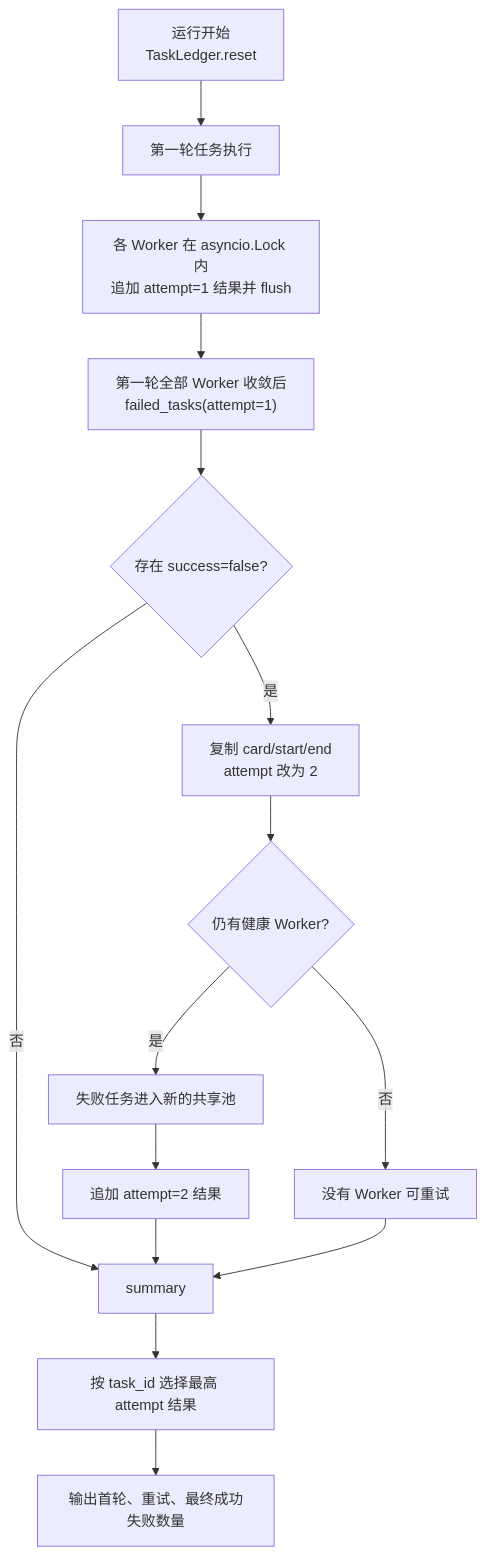
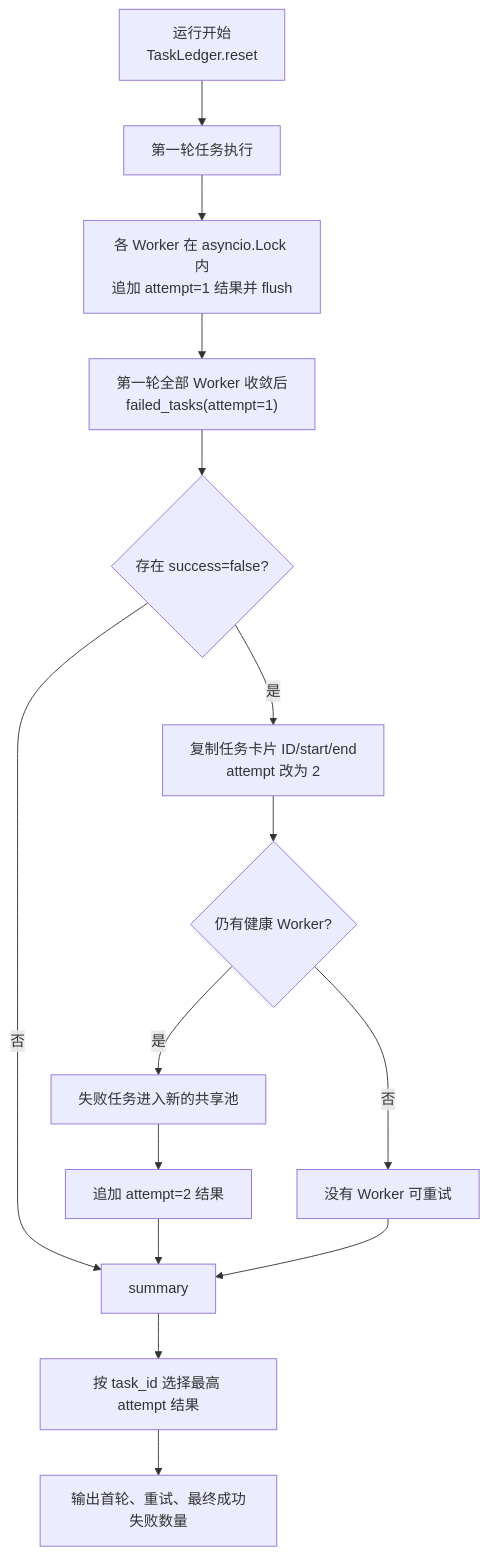
Before and after one commit to liao084/BitBrowser-Backfill-Engine: diagram 14 of 15 in ARCHITECTURE.md, drawn with Mermaid. The commit also changed other lines of this file and 14 other files, not shown here.

````diff
--- a/ARCHITECTURE.md
+++ b/ARCHITECTURE.md
@@ -547,17 +550,17 @@
 ```mermaid
 flowchart TD
     Reset["运行开始<br/>TaskLedger.reset"] --> Round1["第一轮任务执行"]
     Round1 --> Record1["各 Worker 在 asyncio.Lock 内<br/>追加 attempt=1 结果并 flush"]
     Record1 --> Load["第一轮全部 Worker 收敛后<br/>failed_tasks(attempt=1)"]
     Load --> Failed{"存在 success=false?"}
     Failed -->|"否"| Summary["summary"]
-    Failed -->|"是"| Rebuild["复制 card/start/end<br/>attempt 改为 2"]
+    Failed -->|"是"| Rebuild["复制任务卡片 ID/start/end<br/>attempt 改为 2"]
     Rebuild --> Healthy{"仍有健康 Worker?"}
     Healthy -->|"是"| Round2["失败任务进入新的共享池"]
     Healthy -->|"否"| FinalFail["没有 Worker 可重试"]
     Round2 --> Record2["追加 attempt=2 结果"]
     Record2 --> Summary
     FinalFail --> Summary
     Summary --> Latest["按 task_id 选择最高 attempt 结果"]
     Latest --> Report["输出首轮、重试、最终成功失败数量"]
 ```
````
